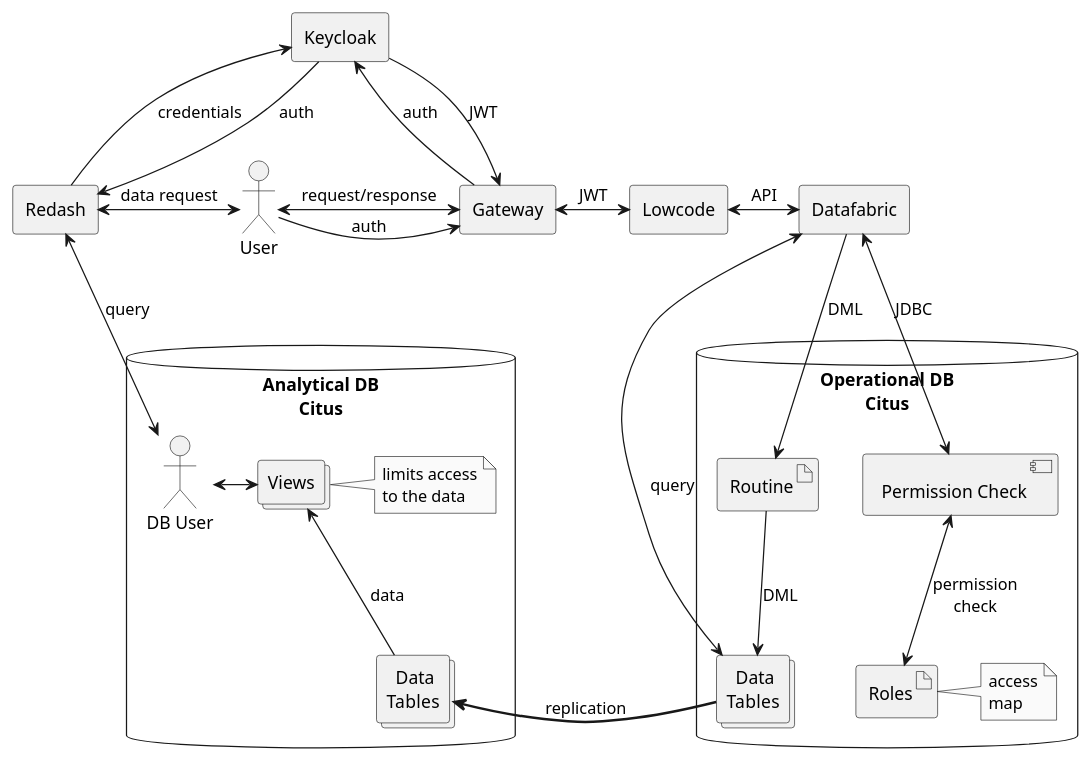
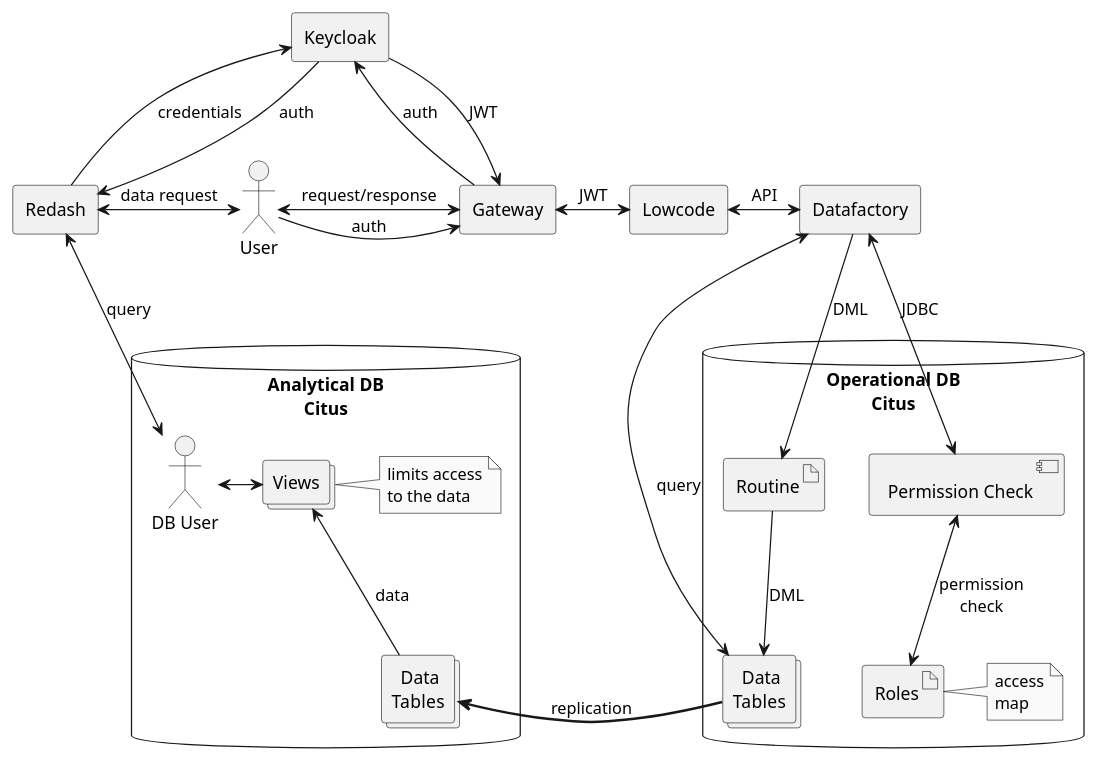
The diagram in modules/ROOT/partials/datafactory/rbac_overview.puml (epam/edp-ddm-architecture), drawn with PlantUML before and after one commit.

Commit message:
[MDTUDDM-0000] rename datafabric to datafactory on diagram

```diff
--- a/modules/ROOT/partials/datafactory/rbac_overview.puml
+++ b/modules/ROOT/partials/datafactory/rbac_overview.puml
@@ -1,54 +1,54 @@
 @startuml
 
 skinparam monochrome true
 'skinparam backgroundColor #aaaaaa
 'skinparam linetype ortho
 'skinparam linetype polyline
 
 rectangle Redash
 Actor User
 rectangle Gateway
 'note left of Gateway: sdsdfsdf
 rectangle Lowcode
 rectangle Keycloak
 'note left of Keycloak: RedashGroups\nattribute
 'note right of Keycloak: roles
 
-rectangle Datafabric
+rectangle Datafactory
 'note left of Redash: RedashGroups from Keycloak\nassigns user to security group
 database "Operational DB\nCitus\n" as Citus_O{
     component "Permission Check" as Perm_Check
     artifact Roles
     note right of Roles: access\nmap
     collections "  Data\nTables" as Tables_O
     artifact Routine
 }
 database "Analytical DB\nCitus" as Citus_R{
     Actor "DB User" as DB_User
     collections Views
     note right: limits access\nto the data
     collections "  Data\nTables" as Tables_R
 }
 
 User -> Gateway: auth
 User <-> Gateway: request/response
 Redash <-> User: data request
 Redash -up-> Keycloak: credentials
 Redash <-up- Keycloak: auth
 Redash <--> DB_User: query
 DB_User <-> Views
 Gateway -up-> Keycloak: auth
 Gateway <- Keycloak: JWT
 Gateway <-> Lowcode: JWT
-Lowcode <-> Datafabric: API
-Datafabric <--> Perm_Check: JDBC
+Lowcode <-> Datafactory: API
+Datafactory <--> Perm_Check: JDBC
 Perm_Check <--> Roles: permission\ncheck
-Datafabric <--> Tables_O: query
-Datafabric --> Routine: DML
+Datafactory <--> Tables_O: query
+Datafactory --> Routine: DML
 Routine --> Tables_O: DML
 Tables_O => Tables_R: replication
 'Citus_O => Citus_R: replication
 Tables_R -up-> Views: data
 
 
 @enduml
```
